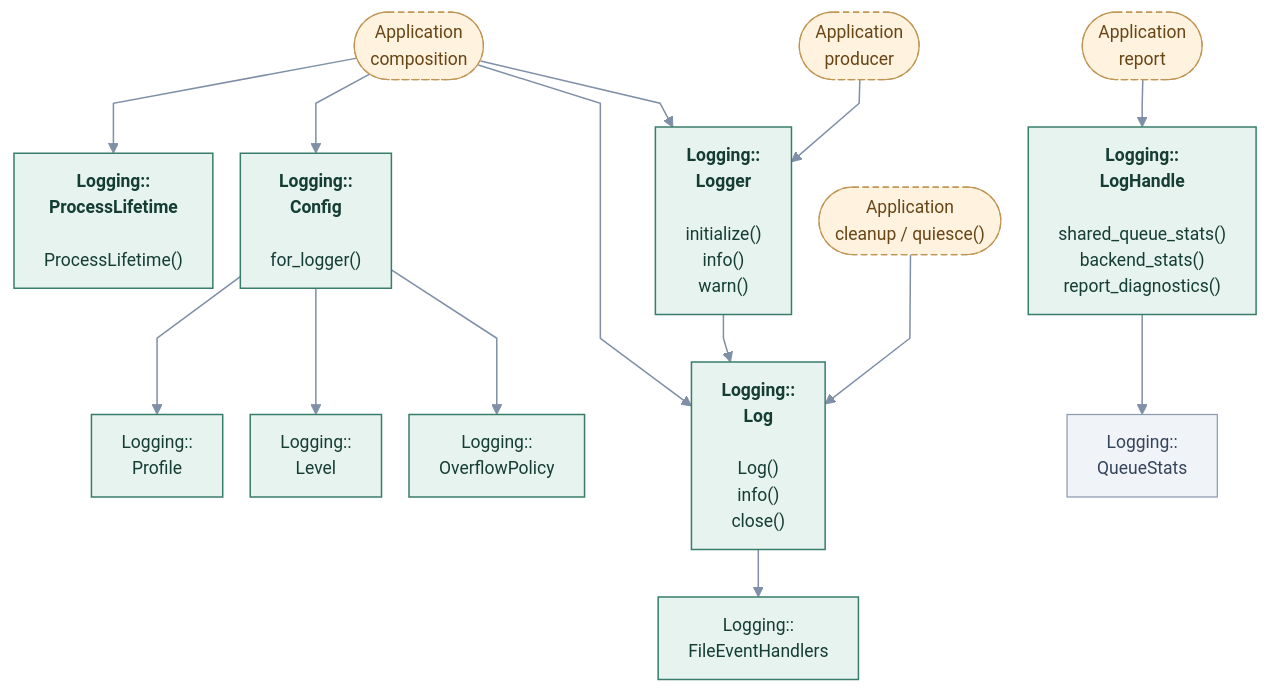
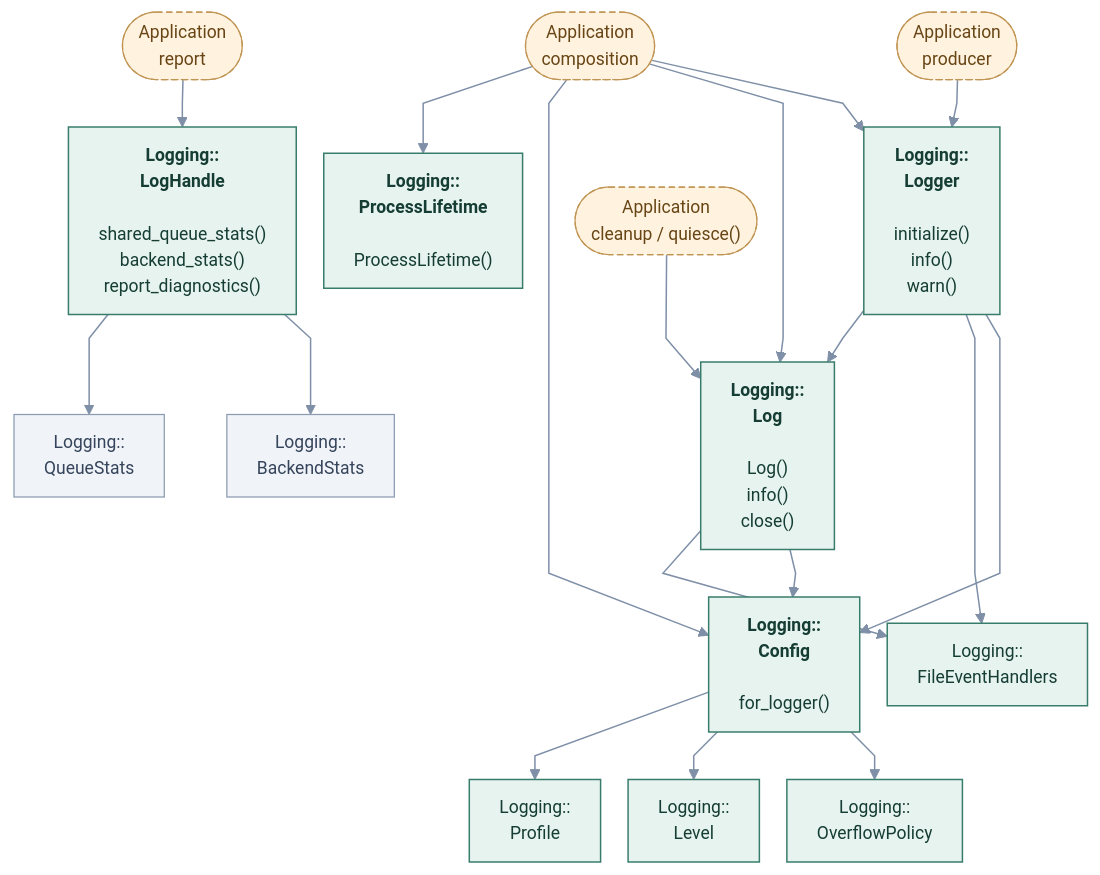
Before and after one commit to cppcooper/cheryl-engine: the diagram in docs/site/engine-systems/diagrams/logging-application.mmd, drawn with Mermaid. The commit also changed 15 other files, not shown here.

```diff
--- a/docs/site/engine-systems/diagrams/logging-application.mmd
+++ b/docs/site/engine-systems/diagrams/logging-application.mmd
@@ -1,48 +1,53 @@
 ---
 config:
   theme: base
   themeVariables:
     fontFamily: system-ui, sans-serif
     fontSize: 14px
   flowchart:
     htmlLabels: true
     curve: linear
     nodeSpacing: 22
     rankSpacing: 38
     padding: 12
 ---
 flowchart TB
     accTitle: Logging · application configuration and writers
     accDescr: Arrows point toward the API or type used, not call order or data flow. Methods beneath type names are selected application entry points; Implement hooks marks engine-invoked overrides. Dashed arrows mark optional choices.
     k0(["Application<br/>composition"]):::app
     k1["<b>Logging::<br/>ProcessLifetime</b><br/><br/>ProcessLifetime()"]:::focal
     k2["<b>Logging::<br/>Config</b><br/><br/>for_logger()"]:::focal
     k3["<b>Logging::<br/>Log</b><br/><br/>Log()<br/>info()<br/>close()"]:::focal
     k4["Logging::<br/>Profile"]:::focal
     k5["Logging::<br/>Level"]:::focal
     k6["Logging::<br/>OverflowPolicy"]:::focal
     k7["Logging::<br/>FileEventHandlers"]:::focal
     k8(["Application<br/>producer"]):::app
     k9["<b>Logging::<br/>Logger</b><br/><br/>initialize()<br/>info()<br/>warn()"]:::focal
     k10(["Application<br/>report"]):::app
     k11["<b>Logging::<br/>LogHandle</b><br/><br/>shared_queue_stats()<br/>backend_stats()<br/>report_diagnostics()"]:::focal
     k12["Logging::<br/>QueueStats"]:::neighbor
     k13(["Application<br/>cleanup / quiesce()"]):::app
+    k14["Logging::<br/>BackendStats"]:::neighbor
     k0 --> k1
     k0 --> k2
     k0 --> k3
     k2 --> k4
     k2 --> k5
     k2 --> k6
     k3 --> k7
     k8 --> k9
     k9 --> k3
     k10 --> k11
     k11 --> k12
     k13 --> k3
     k0 --> k9
+    k3 --> k2
+    k9 --> k7
+    k9 --> k2
+    k11 --> k14
     classDef focal fill:#e7f3ef,stroke:#387d6b,color:#153d33,stroke-width:1.2px
     classDef neighbor fill:#f0f3f8,stroke:#8c9bb1,color:#35445b,stroke-width:1px
     classDef app fill:#fff2df,stroke:#c09452,color:#674515,stroke-dasharray:5 3
     classDef system fill:#eaf0fc,stroke:#617fab,color:#263f69,stroke-width:1.2px
     linkStyle default stroke:#7e8fa7,stroke-width:1.2px
```
